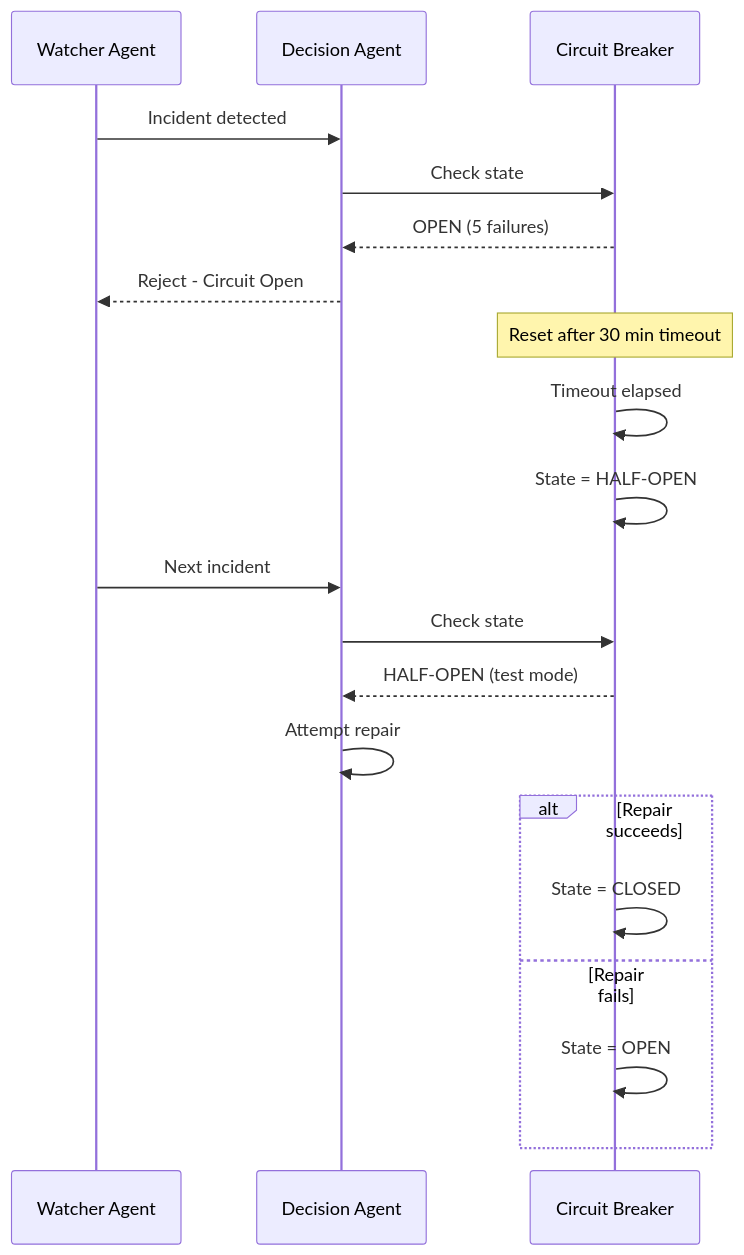
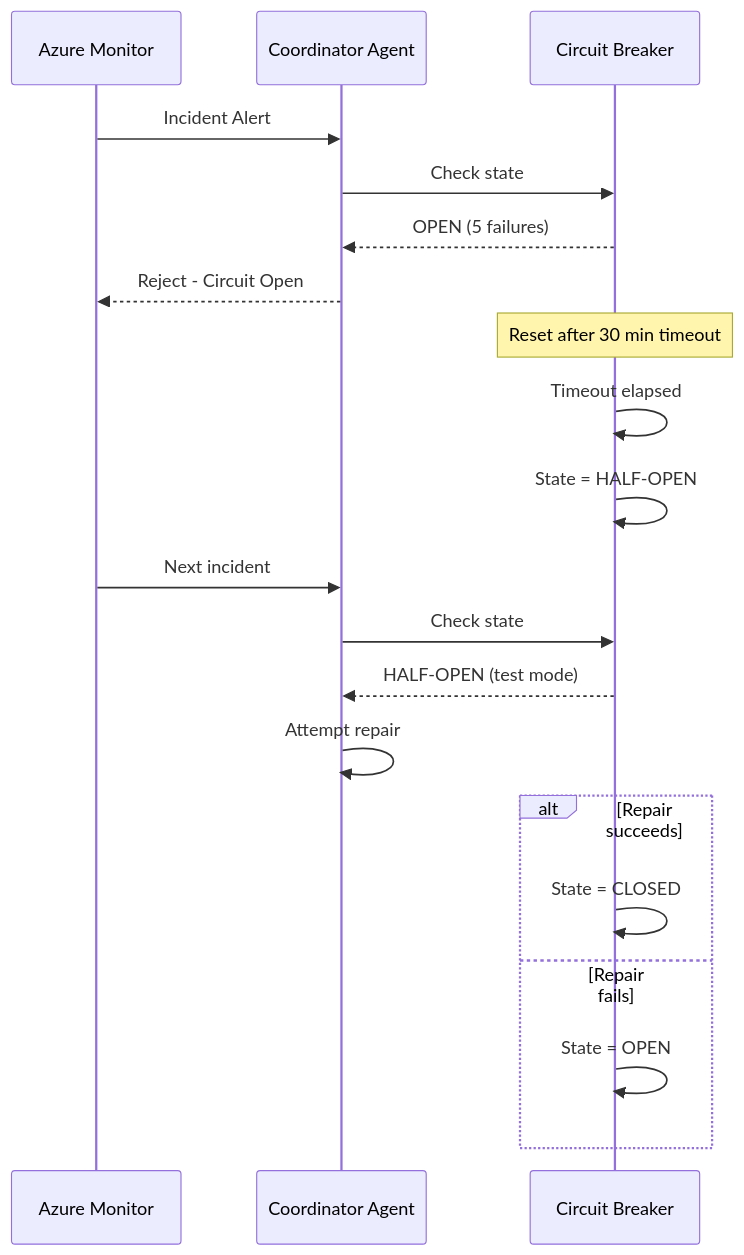
One commit to mayankgupta7673/Continuum-Ops changed the ninth of 10 diagrams in docs/03-User-Manual.md. Above: the diagram before and after it, drawn with Mermaid. The commit also changed other lines of this file and 8 other files, not shown here.

````diff
--- a/docs/03-User-Manual.md
+++ b/docs/03-User-Manual.md
@@ -425,27 +425,27 @@
 ```mermaid
 sequenceDiagram
-    participant WATCHER as Watcher Agent
-    participant DECISION as Decision Agent
+    participant MONITOR as Azure Monitor
+    participant COORDINATOR as Coordinator Agent
     participant CB as Circuit Breaker
     
-    WATCHER->>DECISION: Incident detected
-    DECISION->>CB: Check state
-    CB-->>DECISION: OPEN (5 failures)
-    DECISION-->>WATCHER: Reject - Circuit Open
+    MONITOR->>COORDINATOR: Incident Alert
+    COORDINATOR->>CB: Check state
+    CB-->>COORDINATOR: OPEN (5 failures)
+    COORDINATOR-->>MONITOR: Reject - Circuit Open
     
     Note over CB: Reset after 30 min timeout
     
     CB->>CB: Timeout elapsed
     CB->>CB: State = HALF-OPEN
     
-    WATCHER->>DECISION: Next incident
-    DECISION->>CB: Check state
-    CB-->>DECISION: HALF-OPEN (test mode)
-    DECISION->>DECISION: Attempt repair
+    MONITOR->>COORDINATOR: Next incident
+    COORDINATOR->>CB: Check state
+    CB-->>COORDINATOR: HALF-OPEN (test mode)
+    COORDINATOR->>COORDINATOR: Attempt repair
     
     alt Repair succeeds
         CB->>CB: State = CLOSED
     else Repair fails
         CB->>CB: State = OPEN
     end
 ```
````
